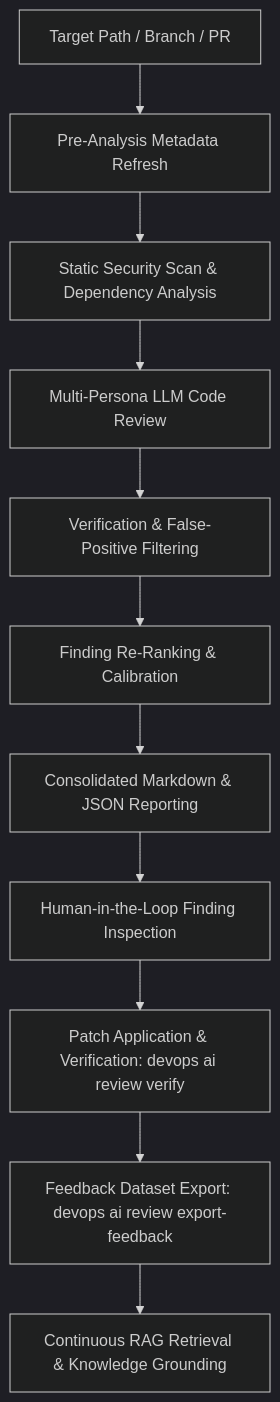
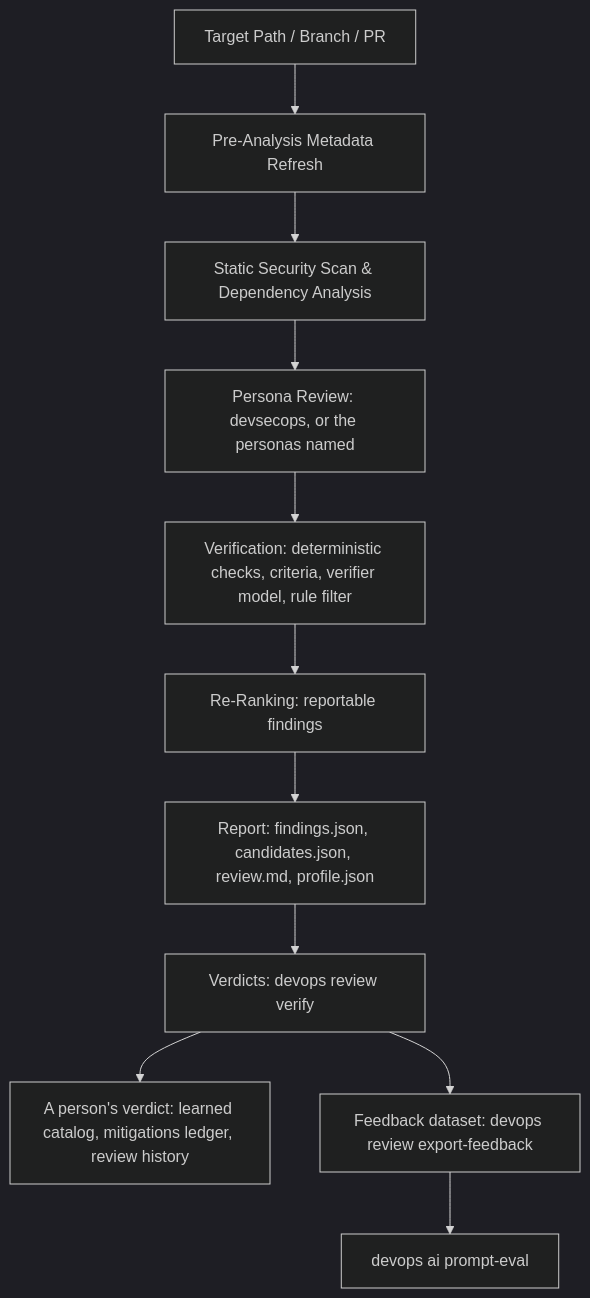
One commit to dan-petty/devops-cli changed the diagram in src/devops_cli/ai/knowledge_base/devops_cli/tasks/ai_code_review.md. Above: the diagram before and after it, drawn with Mermaid (dark theme). The commit also changed other lines of this file and 608 other files, not shown here.

````diff
--- a/src/devops_cli/ai/knowledge_base/devops_cli/tasks/ai_code_review.md
+++ b/src/devops_cli/ai/knowledge_base/devops_cli/tasks/ai_code_review.md
@@ -11,13 +11,13 @@
 ```mermaid
 graph TD
     A[Target Path / Branch / PR] --> S1[Pre-Analysis Metadata Refresh]
     S1 --> S2[Static Security Scan & Dependency Analysis]
-    S2 --> S3[Multi-Persona LLM Code Review]
-    S3 --> S4[Verification & False-Positive Filtering]
-    S4 --> S5[Finding Re-Ranking & Calibration]
-    S5 --> S6[Consolidated Markdown & JSON Reporting]
-    S6 --> F1[Human-in-the-Loop Finding Inspection]
-    F1 --> F2[Patch Application & Verification: devops ai review verify]
-    F2 --> F3[Feedback Dataset Export: devops ai review export-feedback]
-    F3 --> F4[Continuous RAG Retrieval & Knowledge Grounding]
+    S2 --> S3[Persona Review: devsecops, or the personas named]
+    S3 --> S4[Verification: deterministic checks, criteria, verifier model, rule filter]
+    S4 --> S5[Re-Ranking: reportable findings]
+    S5 --> S6[Report: findings.json, candidates.json, review.md, profile.json]
+    S6 --> F1[Verdicts: devops review verify]
+    F1 --> F2[A person's verdict: learned catalog, mitigations ledger, review history]
+    F1 --> F3[Feedback dataset: devops review export-feedback]
+    F3 --> F4[devops ai prompt-eval]
 ```
````
